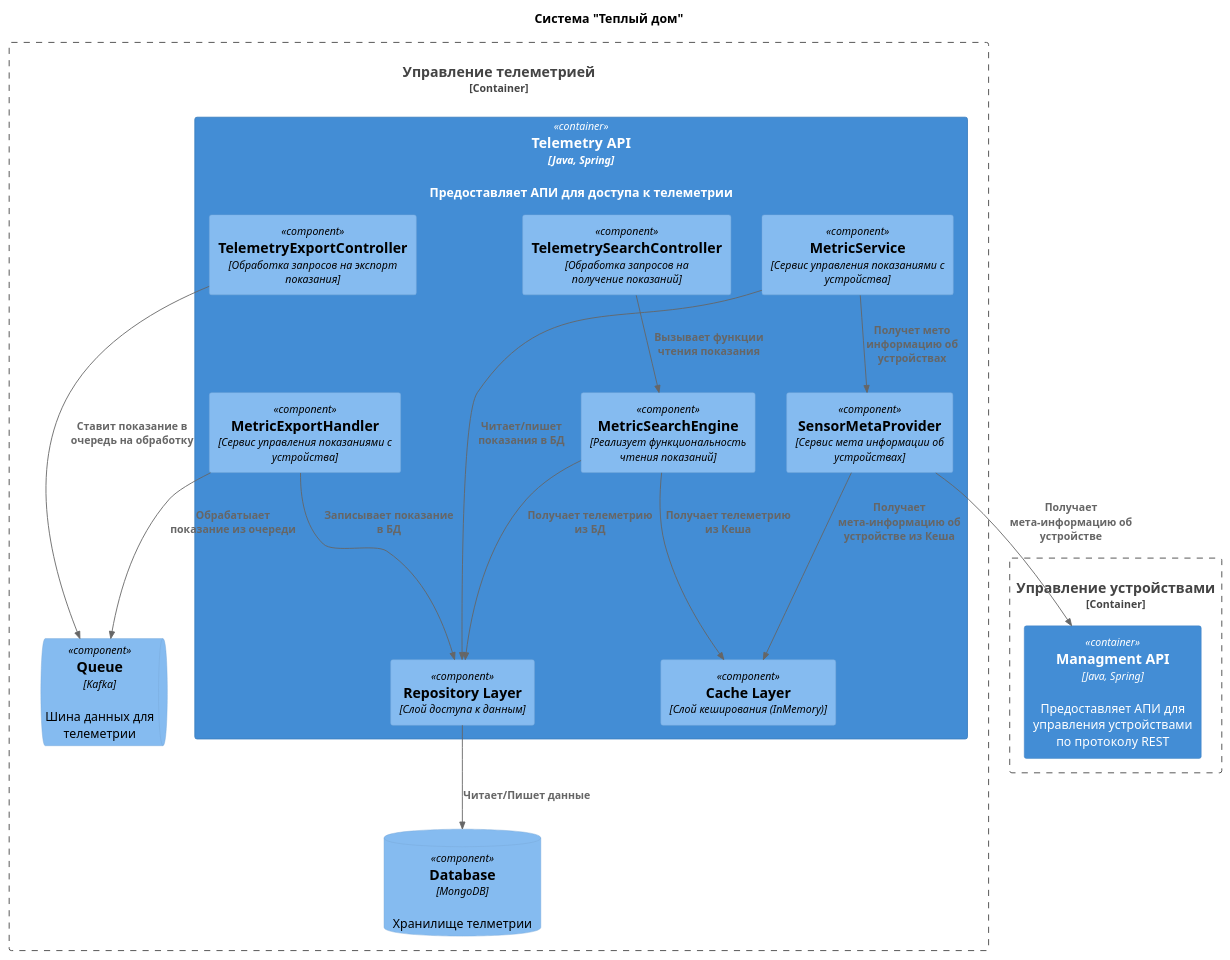
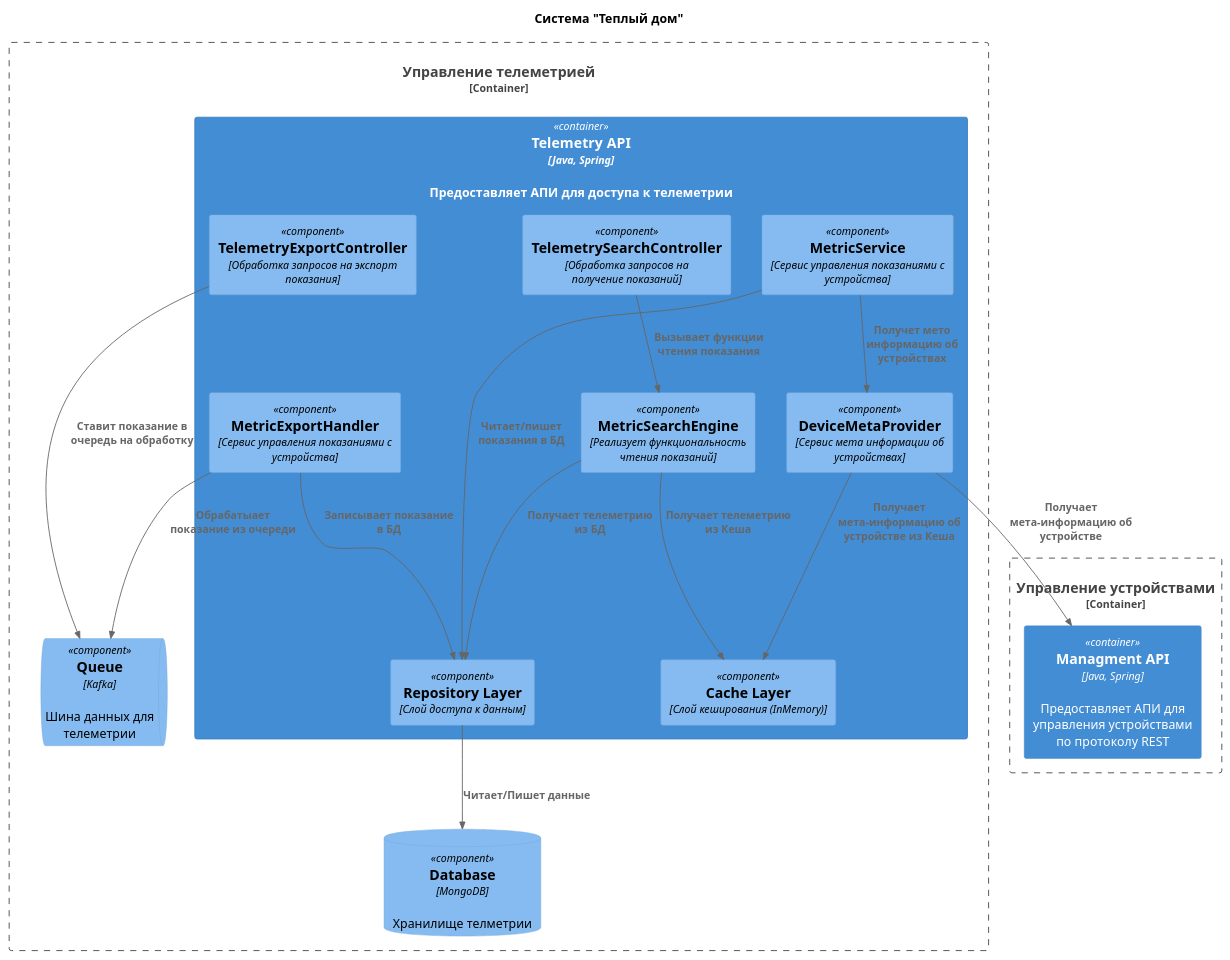
One commit to AlexVolkow/architecture-sprint-3 changed the diagram in part1/Component_telemetry.puml. Above: the diagram before and after it, drawn with PlantUML. The commit also changed 5 other files, not shown here.

Commit message:
Обновил схемы

```diff
--- a/part1/Component_telemetry.puml
+++ b/part1/Component_telemetry.puml
@@ -1,43 +1,43 @@
 @startuml
 title Система "Теплый дом"
 
 top to bottom direction
 
 !includeurl https://raw.githubusercontent.com/RicardoNiepel/C4-PlantUML/master/C4_Component.puml
 
 Container_Boundary(TelemetrySystem, "Управление телеметрией") {
     Container(TelemetryAPI, "Telemetry API", "Java, Spring", "Предоставляет АПИ для доступа к телеметрии")
     ComponentQueue(Queue, "Queue", "Kafka", "Шина данных для телеметрии")
     ComponentDb(TelemetryDatabase, "Database", "MongoDB", "Хранилище телметрии")
 }
 
 Container_Boundary(DeviceManagmentSystem, "Управление устройствами") {
     Container(ManagmentAPI, "Managment API", "Java, Spring", "Предоставляет АПИ для управления устройствами по протоколу REST")
 }
 
 Container(TelemetryAPI, "Управление устройствами", "Java, Spring") {
   Component(TelemetryExportController, "TelemetryExportController", "Обработка запросов на экспорт показания")
   Component(TelemetrySearchController, "TelemetrySearchController", "Обработка запросов на получение показаний")
   Component(MetricSearchEngine, "MetricSearchEngine", "Реализует функциональность чтения показаний")
   Component(MetricService, "MetricService", "Сервис управления показаниями с устройства")
   Component(MetricExportHandler, "MetricExportHandler", "Сервис управления показаниями с устройства")
-  Component(SensorMetaProvider, "SensorMetaProvider", "Сервис мета информации об устройствах")
+  Component(DeviceMetaProvider, "DeviceMetaProvider", "Сервис мета информации об устройствах")
   Component(RepositoryLayer, "Repository Layer", "Слой доступа к данным")
   Component(CacheLayer, "Cache Layer", "Слой кеширования (InMemory)")
 }
 
 Rel(TelemetrySearchController,MetricSearchEngine,"Вызывает функции чтения показания")
 Rel(TelemetryExportController,Queue,"Ставит показание в очередь на обработку")
 Rel(MetricExportHandler,Queue,"Обрабатыает показание из очереди")
 Rel(MetricExportHandler,RepositoryLayer,"Записывает показание в БД")
-Rel(MetricService,SensorMetaProvider,"Получет мето информацию об устройствах")
-Rel(SensorMetaProvider,ManagmentAPI,"Получает мета-информацию об устройстве")
-Rel(SensorMetaProvider,CacheLayer,"Получает мета-информацию об устройстве из Кеша")
+Rel(MetricService,DeviceMetaProvider,"Получет мето информацию об устройствах")
+Rel(DeviceMetaProvider,ManagmentAPI,"Получает мета-информацию об устройстве")
+Rel(DeviceMetaProvider,CacheLayer,"Получает мета-информацию об устройстве из Кеша")
 Rel(MetricSearchEngine,RepositoryLayer,"Получает телеметрию из БД")
 Rel(MetricSearchEngine,CacheLayer,"Получает телеметрию из Кеша")
 
 Rel(MetricService,RepositoryLayer,"Читает/пишет показания в БД")
 
 Rel(RepositoryLayer,TelemetryDatabase,"Читает/Пишет данные")
 
 @enduml
```
